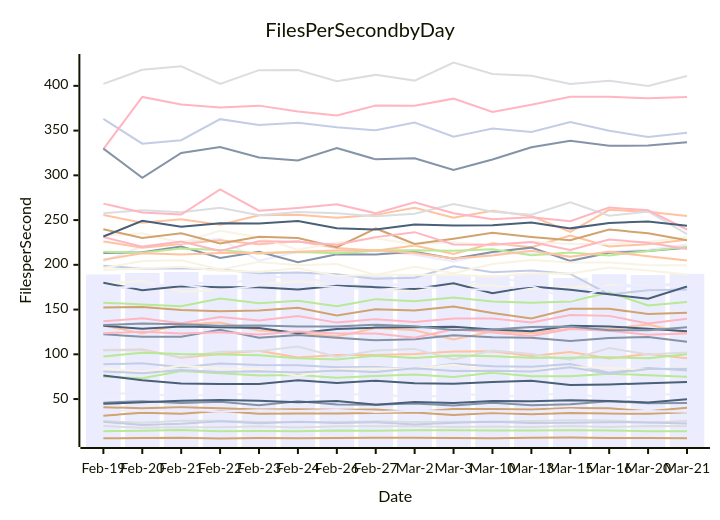
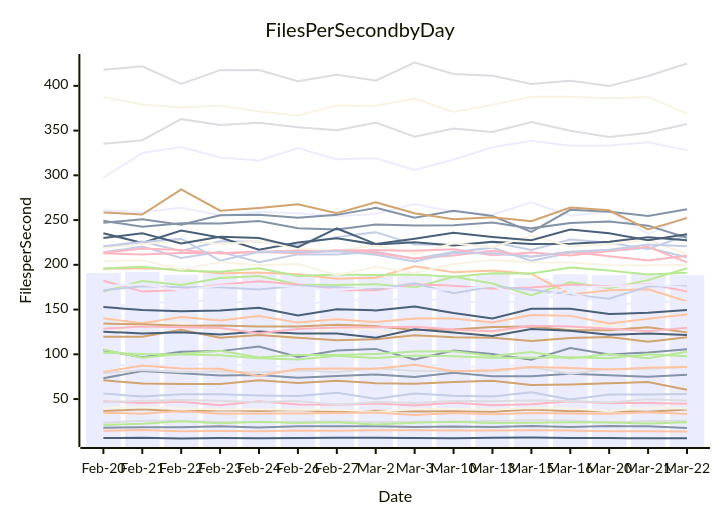
One commit to streetsidesoftware/cspell changed the diagram in perf-report.md. Above: the diagram before and after it, drawn with Mermaid. The commit also changed other lines of this file and 2 other files, not shown here.

````diff
--- a/perf-report.md
+++ b/perf-report.md
@@ -11,57 +11,57 @@
 ```mermaid
 xychart-beta
     title Files Per Second by Day
     y-axis Files per Second
-    x-axis Date [Feb-19, Feb-20, Feb-21, Feb-22, Feb-23, Feb-24, Feb-26, Feb-27, Mar-2, Mar-3, Mar-10, Mar-13, Mar-15, Mar-16, Mar-20, Mar-21]
-    bar [189.21, 190.95, 191.93, 188.84, 190.95, 190.14, 188.86, 187.47, 189.15, 187.99, 188.38, 189.98, 185.21, 189.57, 188.63, 189.87]
-    line [45.95, 47.66, 45.50, 46.89, 43.13, 47.48, 43.86, 43.58, 44.95, 42.68, 45.79, 43.00, 44.30, 47.55, 45.42, 45.55]
-    line [132.26, 123.16, 133.27, 135.57, 126.55, 124.20, 119.96, 129.35, 126.96, 116.50, 125.61, 123.50, 128.64, 128.22, 133.34, 123.28]
-    line [19.76, 18.01, 18.46, 18.38, 19.68, 18.34, 19.60, 19.60, 19.63, 18.78, 19.22, 18.67, 19.78, 18.71, 19.79, 19.47]
-    line [74.92, 73.32, 81.29, 78.95, 76.37, 76.80, 73.75, 75.77, 77.40, 74.68, 79.36, 75.39, 75.58, 78.40, 76.58, 74.92]
-    line [6.24, 6.45, 6.67, 5.92, 6.38, 6.30, 6.44, 6.78, 6.62, 6.55, 6.32, 6.79, 7.12, 6.59, 6.35, 6.19]
-    line [88.86, 89.95, 85.47, 89.64, 87.93, 87.72, 85.68, 85.69, 83.26, 89.40, 86.73, 86.09, 89.20, 79.46, 84.64, 82.02]
-    line [136.95, 140.26, 134.61, 141.79, 137.76, 142.75, 135.42, 139.26, 136.06, 139.99, 140.01, 135.63, 143.93, 142.95, 134.36, 139.82]
-    line [131.86, 128.62, 131.04, 130.26, 129.44, 123.58, 128.31, 129.87, 130.27, 130.71, 127.81, 125.76, 132.01, 131.14, 128.67, 125.67]
-    line [84.44, 80.37, 87.47, 84.08, 83.91, 75.76, 83.59, 84.08, 83.89, 88.30, 81.02, 82.11, 85.90, 84.63, 82.99, 84.87]
-    line [203.99, 220.72, 225.56, 229.20, 204.56, 214.62, 214.22, 215.21, 211.23, 203.79, 213.30, 213.00, 209.05, 214.75, 216.78, 222.67]
-    line [122.32, 119.71, 119.61, 127.43, 118.55, 121.57, 118.53, 115.70, 116.93, 121.24, 118.95, 118.40, 114.99, 118.14, 119.47, 113.95]
-    line [226.10, 219.20, 223.30, 227.37, 223.02, 226.36, 218.81, 215.75, 221.50, 212.02, 224.11, 219.75, 232.68, 220.52, 223.12, 228.15]
-    line [25.52, 23.53, 25.65, 25.87, 24.49, 24.03, 24.62, 25.06, 24.45, 24.76, 24.74, 25.60, 26.18, 25.98, 23.83, 25.61]
-    line [157.72, 155.61, 153.59, 162.30, 157.06, 159.96, 153.79, 161.66, 159.28, 163.36, 159.01, 157.48, 159.10, 169.05, 154.54, 158.47]
-    line [40.89, 39.79, 40.82, 39.75, 38.29, 38.55, 38.02, 38.35, 35.65, 38.90, 38.99, 38.46, 40.13, 39.77, 36.42, 40.38]
-    line [363.00, 335.36, 339.22, 362.80, 356.26, 358.85, 353.61, 350.32, 358.90, 343.06, 352.21, 348.39, 359.59, 349.81, 342.75, 347.71]
-    line [329.33, 387.65, 379.15, 375.70, 377.89, 371.33, 366.95, 377.92, 377.66, 385.69, 370.91, 378.91, 387.90, 387.80, 386.06, 387.41]
-    line [76.41, 70.89, 67.31, 66.82, 66.94, 70.88, 67.89, 70.56, 67.78, 66.98, 69.18, 70.51, 65.83, 66.30, 67.73, 68.98]
-    line [232.74, 235.31, 224.47, 238.32, 230.44, 216.76, 225.02, 229.69, 222.82, 225.14, 221.56, 225.82, 223.33, 223.62, 225.78, 230.86]
-    line [56.33, 56.16, 52.87, 55.45, 55.44, 54.09, 53.55, 56.91, 50.34, 56.33, 53.77, 52.96, 57.64, 49.40, 55.01, 55.07]
-    line [329.84, 297.30, 325.03, 331.76, 320.00, 316.72, 330.45, 317.84, 319.02, 305.87, 317.67, 331.44, 338.69, 332.97, 333.24, 336.87]
-    line [255.70, 246.95, 250.90, 244.70, 255.35, 256.03, 252.54, 255.82, 263.63, 252.65, 260.43, 254.55, 236.73, 261.47, 259.22, 254.59]
-    line [257.67, 260.94, 258.83, 263.71, 255.40, 259.16, 257.65, 254.22, 257.02, 267.92, 259.39, 256.02, 269.97, 254.79, 259.65, 234.19]
-    line [14.06, 14.46, 15.41, 14.08, 14.28, 13.96, 14.98, 14.69, 15.09, 15.05, 14.93, 14.92, 15.23, 14.84, 14.06, 13.99]
-    line [31.35, 34.71, 33.66, 36.75, 33.50, 33.75, 33.98, 34.43, 34.99, 32.10, 34.36, 33.03, 34.53, 33.80, 33.49, 35.23]
-    line [80.83, 78.91, 82.42, 80.37, 81.15, 79.72, 81.93, 80.10, 84.29, 81.35, 81.66, 80.93, 85.41, 78.19, 83.51, 83.81]
-    line [123.51, 125.30, 123.36, 124.67, 122.06, 125.40, 123.31, 123.27, 118.58, 127.90, 124.38, 120.45, 128.40, 126.26, 121.85, 123.29]
-    line [44.67, 46.36, 48.18, 49.05, 48.06, 46.41, 47.91, 43.77, 46.60, 45.68, 47.70, 47.47, 48.64, 47.90, 46.22, 49.72]
-    line [178.51, 182.28, 170.09, 171.99, 177.77, 181.65, 177.93, 171.71, 171.61, 178.31, 176.56, 173.19, 174.63, 177.66, 175.92, 178.79]
-    line [178.13, 170.26, 181.98, 177.56, 185.31, 187.50, 177.93, 177.54, 178.41, 174.58, 186.65, 179.06, 166.05, 180.55, 173.75, 182.92]
-    line [213.09, 213.97, 220.46, 207.58, 214.51, 202.85, 211.79, 211.44, 214.66, 206.78, 214.22, 219.20, 204.44, 213.42, 215.32, 218.95]
-    line [104.64, 105.41, 96.15, 100.38, 103.85, 96.33, 99.09, 99.19, 100.48, 103.18, 103.33, 98.05, 102.55, 95.32, 100.34, 95.68]
-    line [104.57, 104.52, 96.66, 102.79, 103.56, 108.60, 97.11, 104.32, 106.04, 94.30, 104.19, 100.36, 94.07, 106.95, 99.82, 102.15]
-    line [214.67, 213.49, 218.19, 216.61, 212.54, 214.33, 212.86, 215.99, 216.40, 215.81, 217.40, 210.64, 213.63, 210.38, 215.44, 220.20]
-    line [239.70, 229.90, 235.21, 223.87, 231.37, 229.84, 219.75, 240.64, 223.28, 229.19, 235.85, 231.18, 227.46, 239.47, 235.22, 227.41]
-    line [198.97, 195.69, 196.29, 194.82, 190.50, 191.36, 189.34, 184.31, 185.47, 198.42, 191.68, 193.62, 189.84, 166.89, 171.60, 172.56]
-    line [231.02, 220.24, 226.17, 215.58, 226.36, 225.70, 222.46, 230.96, 236.51, 222.64, 222.38, 225.56, 216.60, 228.18, 224.68, 217.69]
-    line [179.91, 171.61, 176.10, 175.03, 175.02, 172.48, 176.50, 175.06, 173.05, 179.29, 168.17, 175.84, 172.23, 167.20, 162.09, 175.73]
-    line [194.32, 195.93, 197.80, 193.32, 192.22, 196.28, 187.50, 189.10, 188.54, 189.19, 186.81, 190.52, 190.26, 197.02, 193.75, 189.15]
-    line [37.40, 36.62, 38.51, 36.10, 37.37, 36.52, 37.66, 35.60, 37.02, 36.08, 36.38, 35.91, 38.37, 36.25, 36.61, 35.87]
-    line [132.77, 134.30, 133.46, 131.83, 132.27, 131.01, 131.00, 133.00, 131.45, 127.22, 127.60, 130.54, 131.20, 126.76, 126.98, 130.36]
-    line [205.73, 212.95, 211.55, 213.31, 213.15, 214.61, 215.98, 216.39, 213.20, 207.00, 210.46, 215.67, 209.05, 214.60, 209.59, 204.82]
-    line [402.21, 417.90, 421.85, 402.15, 417.55, 417.69, 405.05, 412.32, 405.86, 426.09, 413.29, 411.20, 402.18, 405.65, 399.88, 410.92]
-    line [97.51, 101.87, 100.27, 99.76, 98.90, 95.69, 94.30, 98.50, 95.82, 98.55, 97.82, 96.22, 96.21, 96.60, 95.61, 100.00]
-    line [152.26, 152.78, 149.55, 148.15, 148.90, 152.11, 143.30, 150.41, 149.07, 153.47, 146.06, 140.05, 150.95, 150.81, 144.94, 146.39]
-    line [24.64, 20.92, 22.32, 25.16, 23.04, 24.66, 23.19, 24.07, 21.50, 23.56, 24.56, 23.16, 23.57, 24.07, 23.83, 22.72]
-    line [268.41, 258.56, 256.27, 284.25, 260.54, 263.62, 267.57, 257.62, 270.01, 257.62, 250.97, 253.10, 248.68, 263.99, 260.91, 239.46]
-    line [231.62, 249.13, 242.45, 246.48, 246.10, 248.98, 240.98, 239.52, 244.96, 243.99, 244.22, 247.23, 240.74, 246.80, 248.37, 243.77]
-    line [196.35, 204.19, 205.00, 194.87, 203.28, 199.45, 200.84, 188.59, 197.81, 190.62, 200.86, 205.50, 202.63, 202.69, 199.56, 199.40]
-    line [173.68, 176.25, 178.32, 171.39, 176.96, 177.51, 175.27, 171.69, 175.82, 173.02, 172.27, 176.52, 160.55, 175.49, 175.91, 178.24]
+    x-axis Date [Feb-20, Feb-21, Feb-22, Feb-23, Feb-24, Feb-26, Feb-27, Mar-2, Mar-3, Mar-10, Mar-13, Mar-15, Mar-16, Mar-20, Mar-21, Mar-22]
+    bar [190.95, 191.93, 188.84, 190.95, 190.14, 188.86, 187.47, 189.15, 187.99, 188.38, 189.98, 185.21, 189.57, 188.63, 189.87, 188.57]
+    line [18.01, 18.46, 18.38, 19.68, 18.34, 19.60, 19.60, 19.63, 18.78, 19.22, 18.67, 19.78, 18.71, 19.79, 19.47, 17.52]
+    line [14.46, 15.41, 14.08, 14.28, 13.96, 14.98, 14.69, 15.09, 15.05, 14.93, 14.92, 15.23, 14.84, 14.06, 13.99, 13.73]
+    line [23.53, 25.65, 25.87, 24.49, 24.03, 24.62, 25.06, 24.45, 24.76, 24.74, 25.60, 26.18, 25.98, 23.83, 25.61, 25.67]
+    line [170.26, 181.98, 177.56, 185.31, 187.50, 177.93, 177.54, 178.41, 174.58, 186.65, 179.06, 166.05, 180.55, 173.75, 182.92, 196.20]
+    line [70.89, 67.31, 66.82, 66.94, 70.88, 67.89, 70.56, 67.78, 66.98, 69.18, 70.51, 65.83, 66.30, 67.73, 68.98, 60.39]
+    line [56.16, 52.87, 55.45, 55.44, 54.09, 53.55, 56.91, 50.34, 56.33, 53.77, 52.96, 57.64, 49.40, 55.01, 55.07, 55.77]
+    line [47.66, 45.50, 46.89, 43.13, 47.48, 43.86, 43.58, 44.95, 42.68, 45.79, 43.00, 44.30, 47.55, 45.42, 45.55, 44.65]
+    line [6.45, 6.67, 5.92, 6.38, 6.30, 6.44, 6.78, 6.62, 6.55, 6.32, 6.79, 7.12, 6.59, 6.35, 6.19, 6.15]
+    line [123.16, 133.27, 135.57, 126.55, 124.20, 119.96, 129.35, 126.96, 116.50, 125.61, 123.50, 128.64, 128.22, 133.34, 123.28, 121.08]
+    line [89.95, 85.47, 89.64, 87.93, 87.72, 85.68, 85.69, 83.26, 89.40, 86.73, 86.09, 89.20, 79.46, 84.64, 82.02, 89.42]
+    line [104.52, 96.66, 102.79, 103.56, 108.60, 97.11, 104.32, 106.04, 94.30, 104.19, 100.36, 94.07, 106.95, 99.82, 102.15, 105.60]
+    line [140.26, 134.61, 141.79, 137.76, 142.75, 135.42, 139.26, 136.06, 139.99, 140.01, 135.63, 143.93, 142.95, 134.36, 139.82, 144.51]
+    line [335.36, 339.22, 362.80, 356.26, 358.85, 353.61, 350.32, 358.90, 343.06, 352.21, 348.39, 359.59, 349.81, 342.75, 347.71, 357.44]
+    line [20.92, 22.32, 25.16, 23.04, 24.66, 23.19, 24.07, 21.50, 23.56, 24.56, 23.16, 23.57, 24.07, 23.83, 22.72, 24.20]
+    line [119.71, 119.61, 127.43, 118.55, 121.57, 118.53, 115.70, 116.93, 121.24, 118.95, 118.40, 114.99, 118.14, 119.47, 113.95, 119.09]
+    line [220.24, 226.17, 215.58, 226.36, 225.70, 222.46, 230.96, 236.51, 222.64, 222.38, 225.56, 216.60, 228.18, 224.68, 217.69, 232.99]
+    line [182.28, 170.09, 171.99, 177.77, 181.65, 177.93, 171.71, 171.61, 178.31, 176.56, 173.19, 174.63, 177.66, 175.92, 178.79, 170.10]
+    line [152.78, 149.55, 148.15, 148.90, 152.11, 143.30, 150.41, 149.07, 153.47, 146.06, 140.05, 150.95, 150.81, 144.94, 146.39, 149.45]
+    line [387.65, 379.15, 375.70, 377.89, 371.33, 366.95, 377.92, 377.66, 385.69, 370.91, 378.91, 387.90, 387.80, 386.06, 387.41, 368.98]
+    line [297.30, 325.03, 331.76, 320.00, 316.72, 330.45, 317.84, 319.02, 305.87, 317.67, 331.44, 338.69, 332.97, 333.24, 336.87, 328.16]
+    line [73.32, 81.29, 78.95, 76.37, 76.80, 73.75, 75.77, 77.40, 74.68, 79.36, 75.39, 75.58, 78.40, 76.58, 74.92, 77.07]
+    line [195.69, 196.29, 194.82, 190.50, 191.36, 189.34, 184.31, 185.47, 198.42, 191.68, 193.62, 189.84, 166.89, 171.60, 172.56, 159.13]
+    line [78.91, 82.42, 80.37, 81.15, 79.72, 81.93, 80.10, 84.29, 81.35, 81.66, 80.93, 85.41, 78.19, 83.51, 83.81, 85.87]
+    line [105.41, 96.15, 100.38, 103.85, 96.33, 99.09, 99.19, 100.48, 103.18, 103.33, 98.05, 102.55, 95.32, 100.34, 95.68, 102.95]
+    line [36.62, 38.51, 36.10, 37.37, 36.52, 37.66, 35.60, 37.02, 36.08, 36.38, 35.91, 38.37, 36.25, 36.61, 35.87, 38.37]
+    line [213.97, 220.46, 207.58, 214.51, 202.85, 211.79, 211.44, 214.66, 206.78, 214.22, 219.20, 204.44, 213.42, 215.32, 218.95, 208.36]
+    line [212.95, 211.55, 213.31, 213.15, 214.61, 215.98, 216.39, 213.20, 207.00, 210.46, 215.67, 209.05, 214.60, 209.59, 204.82, 210.21]
+    line [235.31, 224.47, 238.32, 230.44, 216.76, 225.02, 229.69, 222.82, 225.14, 221.56, 225.82, 223.33, 223.62, 225.78, 230.86, 227.54]
+    line [219.20, 223.30, 227.37, 223.02, 226.36, 218.81, 215.75, 221.50, 212.02, 224.11, 219.75, 232.68, 220.52, 223.12, 228.15, 211.66]
+    line [260.94, 258.83, 263.71, 255.40, 259.16, 257.65, 254.22, 257.02, 267.92, 259.39, 256.02, 269.97, 254.79, 259.65, 234.19, 254.14]
+    line [249.13, 242.45, 246.48, 246.10, 248.98, 240.98, 239.52, 244.96, 243.99, 244.22, 247.23, 240.74, 246.80, 248.37, 243.77, 230.24]
+    line [80.37, 87.47, 84.08, 83.91, 75.76, 83.59, 84.08, 83.89, 88.30, 81.02, 82.11, 85.90, 84.63, 82.99, 84.87, 85.95]
+    line [417.90, 421.85, 402.15, 417.55, 417.69, 405.05, 412.32, 405.86, 426.09, 413.29, 411.20, 402.18, 405.65, 399.88, 410.92, 424.94]
+    line [101.87, 100.27, 99.76, 98.90, 95.69, 94.30, 98.50, 95.82, 98.55, 97.82, 96.22, 96.21, 96.60, 95.61, 100.00, 97.84]
+    line [134.30, 133.46, 131.83, 132.27, 131.01, 131.00, 133.00, 131.45, 127.22, 127.60, 130.54, 131.20, 126.76, 126.98, 130.36, 124.51]
+    line [171.61, 176.10, 175.03, 175.02, 172.48, 176.50, 175.06, 173.05, 179.29, 168.17, 175.84, 172.23, 167.20, 162.09, 175.73, 176.16]
+    line [213.49, 218.19, 216.61, 212.54, 214.33, 212.86, 215.99, 216.40, 215.81, 217.40, 210.64, 213.63, 210.38, 215.44, 220.20, 202.79]
+    line [125.30, 123.36, 124.67, 122.06, 125.40, 123.31, 123.27, 118.58, 127.90, 124.38, 120.45, 128.40, 126.26, 121.85, 123.29, 121.58]
+    line [39.79, 40.82, 39.75, 38.29, 38.55, 38.02, 38.35, 35.65, 38.90, 38.99, 38.46, 40.13, 39.77, 36.42, 40.38, 39.33]
+    line [155.61, 153.59, 162.30, 157.06, 159.96, 153.79, 161.66, 159.28, 163.36, 159.01, 157.48, 159.10, 169.05, 154.54, 158.47, 158.50]
+    line [246.95, 250.90, 244.70, 255.35, 256.03, 252.54, 255.82, 263.63, 252.65, 260.43, 254.55, 236.73, 261.47, 259.22, 254.59, 262.14]
+    line [34.71, 33.66, 36.75, 33.50, 33.75, 33.98, 34.43, 34.99, 32.10, 34.36, 33.03, 34.53, 33.80, 33.49, 35.23, 33.30]
+    line [46.36, 48.18, 49.05, 48.06, 46.41, 47.91, 43.77, 46.60, 45.68, 47.70, 47.47, 48.64, 47.90, 46.22, 49.72, 48.36]
+    line [195.93, 197.80, 193.32, 192.22, 196.28, 187.50, 189.10, 188.54, 189.19, 186.81, 190.52, 190.26, 197.02, 193.75, 189.15, 191.13]
+    line [258.56, 256.27, 284.25, 260.54, 263.62, 267.57, 257.62, 270.01, 257.62, 250.97, 253.10, 248.68, 263.99, 260.91, 239.46, 252.14]
+    line [220.72, 225.56, 229.20, 204.56, 214.62, 214.22, 215.21, 211.23, 203.79, 213.30, 213.00, 209.05, 214.75, 216.78, 222.67, 220.77]
+    line [128.62, 131.04, 130.26, 129.44, 123.58, 128.31, 129.87, 130.27, 130.71, 127.81, 125.76, 132.01, 131.14, 128.67, 125.67, 129.64]
+    line [229.90, 235.21, 223.87, 231.37, 229.84, 219.75, 240.64, 223.28, 229.19, 235.85, 231.18, 227.46, 239.47, 235.22, 227.41, 234.27]
+    line [204.19, 205.00, 194.87, 203.28, 199.45, 200.84, 188.59, 197.81, 190.62, 200.86, 205.50, 202.63, 202.69, 199.56, 199.40, 199.86]
+    line [176.25, 178.32, 171.39, 176.96, 177.51, 175.27, 171.69, 175.82, 173.02, 172.27, 176.52, 160.55, 175.49, 175.91, 178.24, 174.48]
 ```
````
